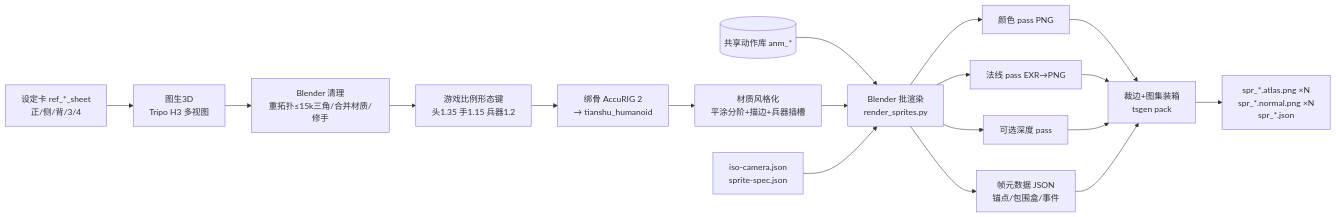
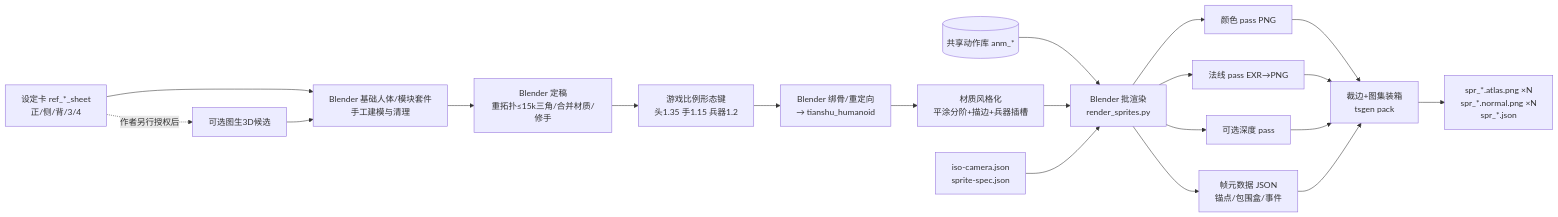
The fifth of 8 diagrams in docs/tech/07-asset-generation.md (radarxc/jinyongqunxia), drawn with Mermaid before and after one commit. The commit also changed other lines of this file and 1 other file, not shown here.

````diff
--- a/docs/tech/07-asset-generation.md
+++ b/docs/tech/07-asset-generation.md
@@ -690,17 +701,19 @@
 ```mermaid
 flowchart LR
-  S[设定卡 ref_*_sheet<br/>正/侧/背/3/4] --> M1[图生3D<br/>Tripo H3 多视图]
-  M1 --> M2[Blender 清理<br/>重拓扑≤15k三角/合并材质/修手]
+  S[设定卡 ref_*_sheet<br/>正/侧/背/3/4] --> M1[Blender 基础人体/模块套件<br/>手工建模与清理]
+  S -. 作者另行授权后 .-> M0[可选图生3D候选]
+  M0 --> M1
+  M1 --> M2[Blender 定稿<br/>重拓扑≤15k三角/合并材质/修手]
   M2 --> M3[游戏比例形态键<br/>头1.35 手1.15 兵器1.2]
-  M3 --> M4[绑骨 AccuRIG 2<br/>→ tianshu_humanoid]
+  M3 --> M4[Blender 绑骨/重定向<br/>→ tianshu_humanoid]
   M4 --> M5[材质风格化<br/>平涂分阶+描边+兵器插槽]
   L[(共享动作库 anm_*)] --> R
   M5 --> R[Blender 批渲染<br/>render_sprites.py]
   CAM[iso-camera.json<br/>sprite-spec.json] --> R
   R --> P1[颜色 pass PNG]
   R --> P2[法线 pass EXR→PNG]
   R --> P3[可选深度 pass]
   R --> META[帧元数据 JSON<br/>锚点/包围盒/事件]
   P1 & P2 & P3 & META --> PK[裁边+图集装箱<br/>tsgen pack]
   PK --> OUT[spr_*.atlas.png ×N<br/>spr_*.normal.png ×N<br/>spr_*.json]
 ```
````
